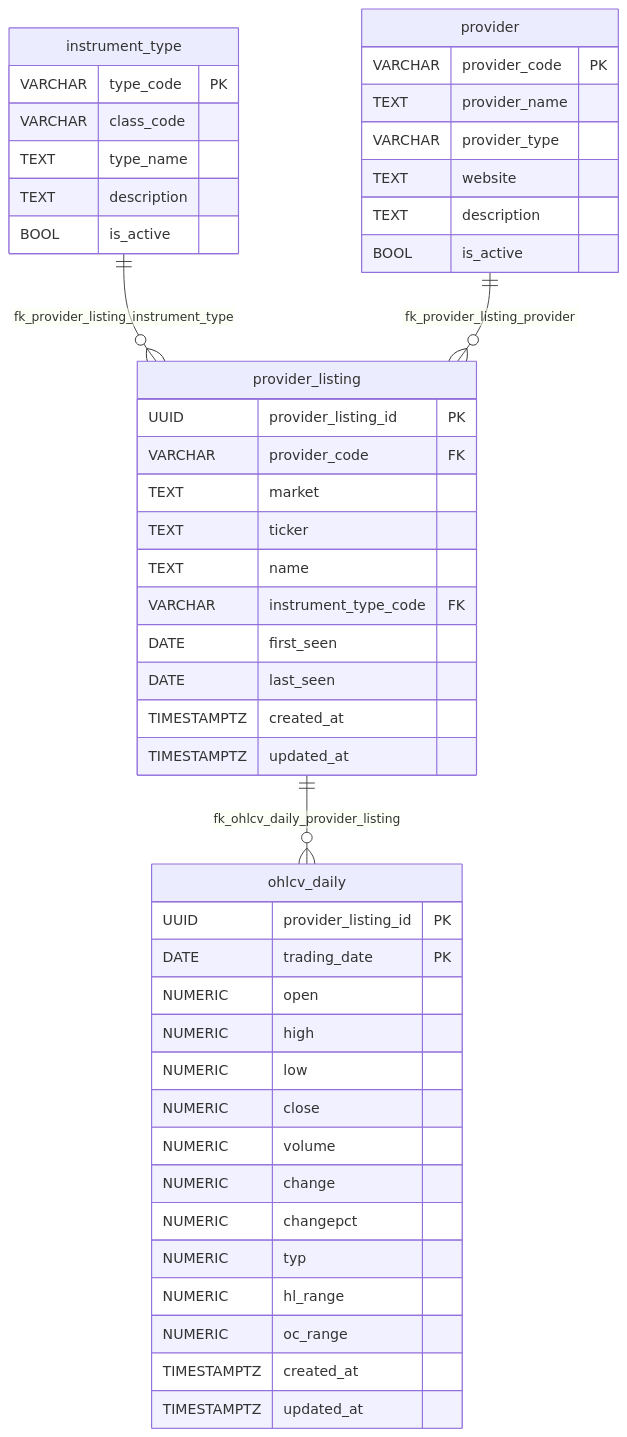
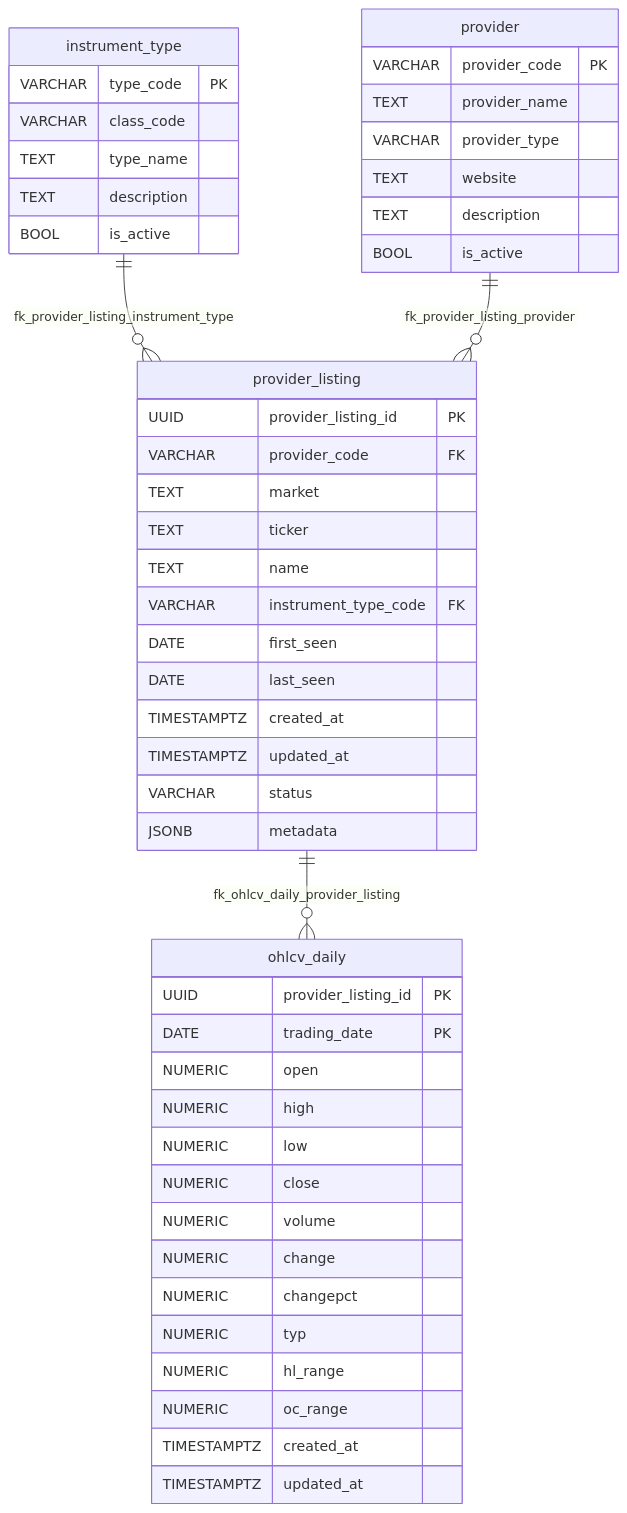
Before and after one commit to cmhettinger/empire: the diagram in docs/db/stonks/generated/erd-groups/ohlcv.md, drawn with Mermaid. The commit also changed 20 other files, not shown here.

````diff
--- a/docs/db/stonks/generated/erd-groups/ohlcv.md
+++ b/docs/db/stonks/generated/erd-groups/ohlcv.md
@@ -1,53 +1,55 @@
 ```mermaid
 erDiagram
   instrument_type {
     VARCHAR type_code PK
     VARCHAR class_code
     TEXT type_name
     TEXT description
     BOOL is_active
   }
 
   ohlcv_daily {
     UUID provider_listing_id PK
     DATE trading_date PK
     NUMERIC open
     NUMERIC high
     NUMERIC low
     NUMERIC close
     NUMERIC volume
     NUMERIC change
     NUMERIC changepct
     NUMERIC typ
     NUMERIC hl_range
     NUMERIC oc_range
     TIMESTAMPTZ created_at
     TIMESTAMPTZ updated_at
   }
 
   provider {
     VARCHAR provider_code PK
     TEXT provider_name
     VARCHAR provider_type
     TEXT website
     TEXT description
     BOOL is_active
   }
 
   provider_listing {
     UUID provider_listing_id PK
     VARCHAR provider_code FK
     TEXT market
     TEXT ticker
     TEXT name
     VARCHAR instrument_type_code FK
     DATE first_seen
     DATE last_seen
     TIMESTAMPTZ created_at
     TIMESTAMPTZ updated_at
+    VARCHAR status
+    JSONB metadata
   }
 
   provider_listing ||--o{ ohlcv_daily : "fk_ohlcv_daily_provider_listing"
   instrument_type ||--o{ provider_listing : "fk_provider_listing_instrument_type"
   provider ||--o{ provider_listing : "fk_provider_listing_provider"
 ```
````
